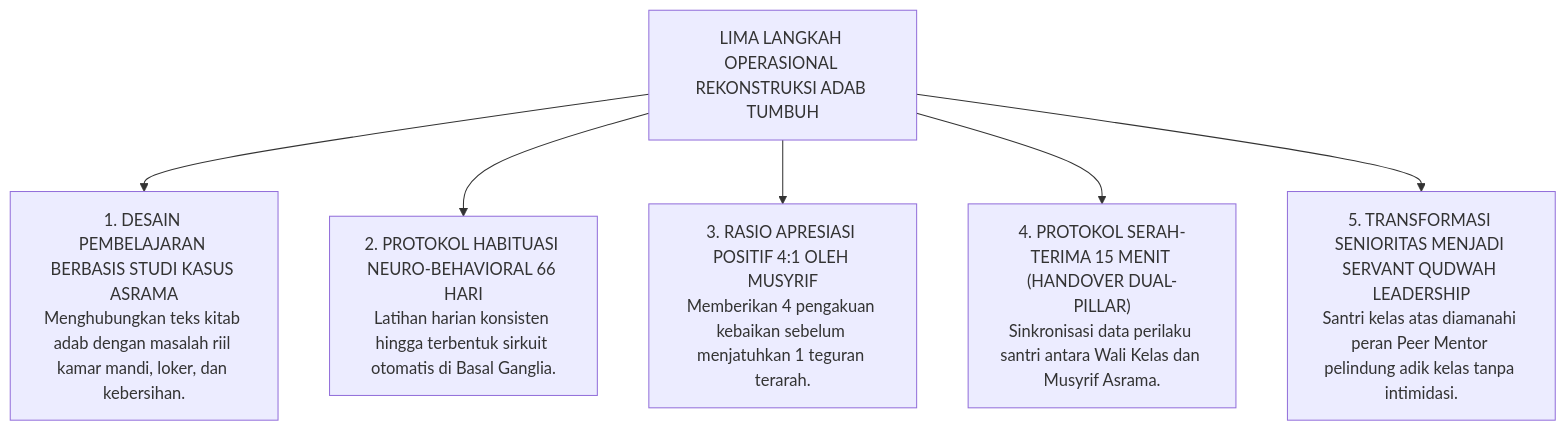
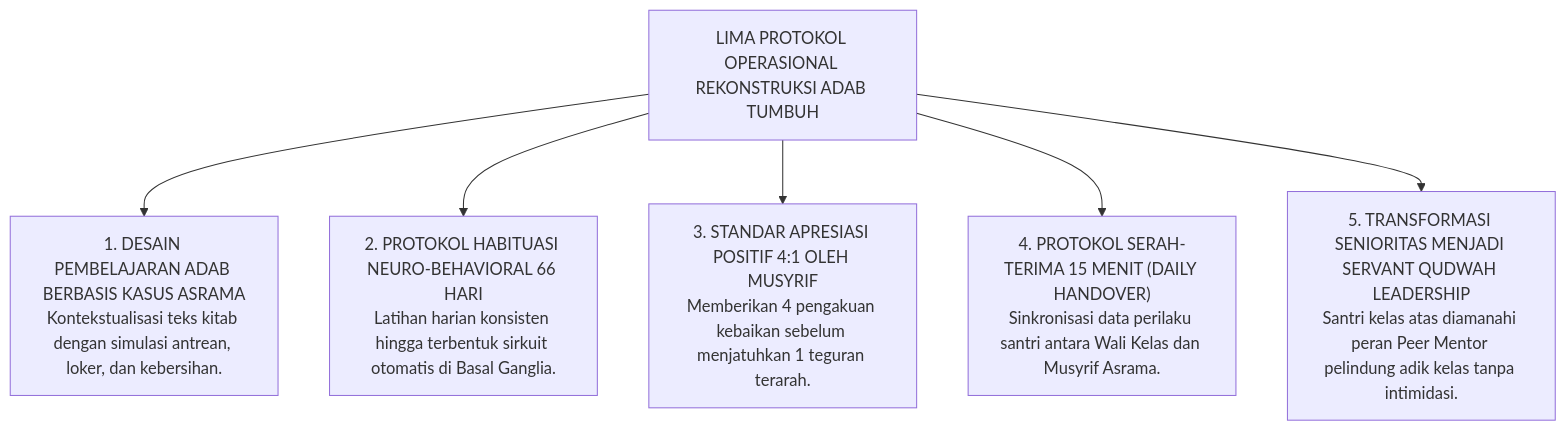
One commit to wandiapriliyandi/tumbuh changed the fifth of 7 diagrams in BOOK-SERIES/Volume-01/Bab-01-Krisis-Karakter-dan-Urgensi-Rekonstruksi/01-Anomali-Pendidikan-Karakter-Tradisional.md. Above: the diagram before and after it, drawn with Mermaid. The commit also changed other lines of this file, not shown here.

Commit message:
docs(sub-bab-1.1): perluas naskah menjadi bab panduan induk komprehensif, kaya materi, diagram berlabel, dan 10 rujukan primer

````diff
--- a/BOOK-SERIES/Volume-01/Bab-01-Krisis-Karakter-dan-Urgensi-Rekonstruksi/01-Anomali-Pendidikan-Karakter-Tradisional.md
+++ b/BOOK-SERIES/Volume-01/Bab-01-Krisis-Karakter-dan-Urgensi-Rekonstruksi/01-Anomali-Pendidikan-Karakter-Tradisional.md
@@ -170,14 +196,14 @@
 ```mermaid
 graph TD
-    Root["LIMA LANGKAH OPERASIONAL REKONSTRUKSI ADAB TUMBUH"]
+    Root["LIMA PROTOKOL OPERASIONAL REKONSTRUKSI ADAB TUMBUH"]
     
-    Root --> L1["1. DESAIN PEMBELAJARAN BERBASIS STUDI KASUS ASRAMA<br/>Menghubungkan teks kitab adab dengan masalah riil kamar mandi, loker, dan kebersihan."]
+    Root --> P1["1. DESAIN PEMBELAJARAN ADAB BERBASIS KASUS ASRAMA<br/>Kontekstualisasi teks kitab dengan simulasi antrean, loker, dan kebersihan."]
     
-    Root --> L2["2. PROTOKOL HABITUASI NEURO-BEHAVIORAL 66 HARI<br/>Latihan harian konsisten hingga terbentuk sirkuit otomatis di Basal Ganglia."]
+    Root --> P2["2. PROTOKOL HABITUASI NEURO-BEHAVIORAL 66 HARI<br/>Latihan harian konsisten hingga terbentuk sirkuit otomatis di Basal Ganglia."]
     
-    Root --> L3["3. RASIO APRESIASI POSITIF 4:1 OLEH MUSYRIF<br/>Memberikan 4 pengakuan kebaikan sebelum menjatuhkan 1 teguran terarah."]
+    Root --> P3["3. STANDAR APRESIASI POSITIF 4:1 OLEH MUSYRIF<br/>Memberikan 4 pengakuan kebaikan sebelum menjatuhkan 1 teguran terarah."]
     
-    Root --> L4["4. PROTOKOL SERAH-TERIMA 15 MENIT (HANDOVER DUAL-PILLAR)<br/>Sinkronisasi data perilaku santri antara Wali Kelas dan Musyrif Asrama."]
+    Root --> P4["4. PROTOKOL SERAH-TERIMA 15 MENIT (DAILY HANDOVER)<br/>Sinkronisasi data perilaku santri antara Wali Kelas dan Musyrif Asrama."]
     
-    Root --> L5["5. TRANSFORMASI SENIORITAS MENJADI SERVANT QUDWAH LEADERSHIP<br/>Santri kelas atas diamanahi peran Peer Mentor pelindung adik kelas tanpa intimidasi."]
+    Root --> P5["5. TRANSFORMASI SENIORITAS MENJADI SERVANT QUDWAH LEADERSHIP<br/>Santri kelas atas diamanahi peran Peer Mentor pelindung adik kelas tanpa intimidasi."]
 ```
````
